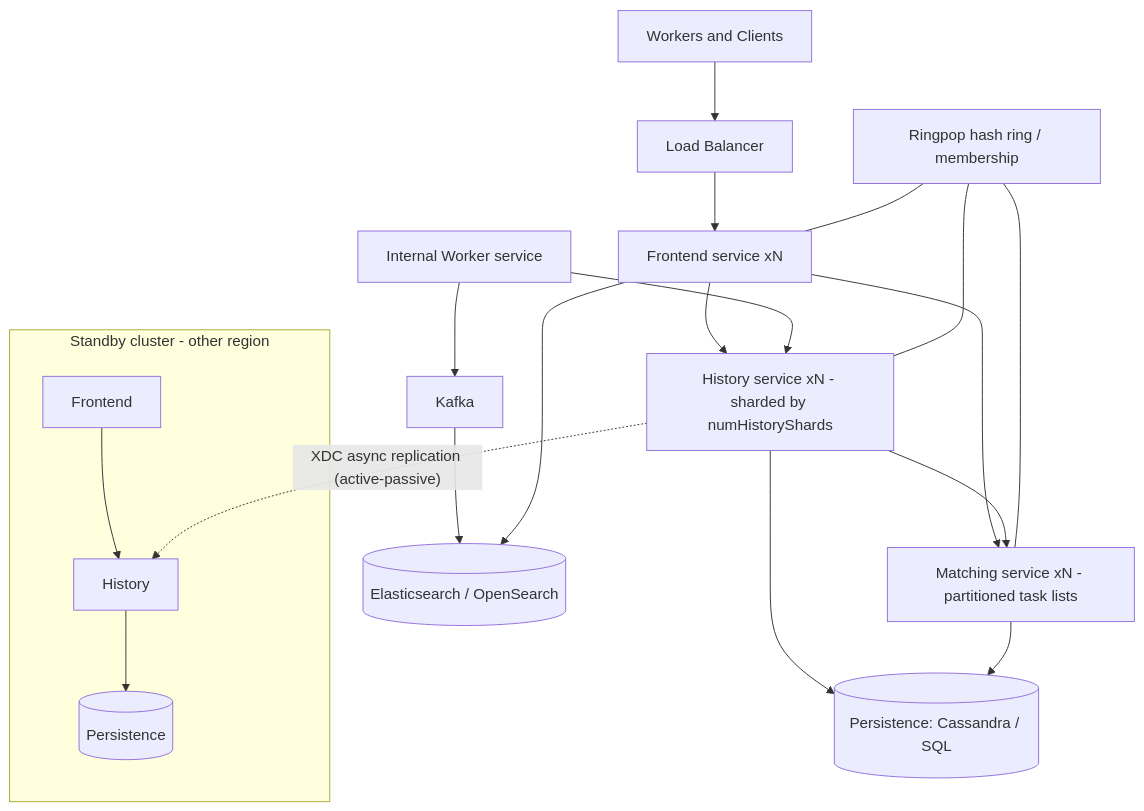
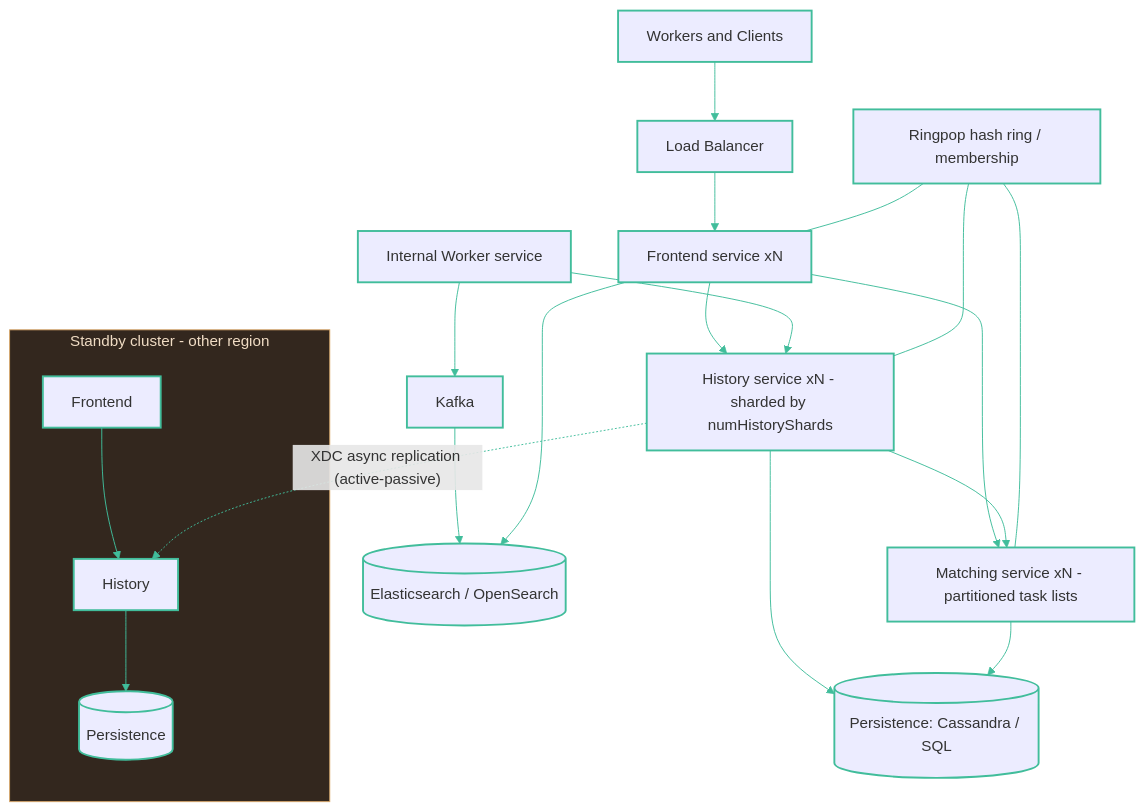
The diagram in slides/03-hosting-production/02-prod-cadence.md (diagrid-labs/durable-execution-battle), drawn with Mermaid before and after one commit. The commit also changed 51 other files, not shown here.

````diff
--- a/slides/03-hosting-production/02-prod-cadence.md
+++ b/slides/03-hosting-production/02-prod-cadence.md
@@ -10,20 +10,23 @@
 ```mermaid
 graph TD
   clients[Workers and Clients] --> lb[Load Balancer]
   lb --> fe[Frontend service xN]
   fe --> hist[History service xN - sharded by numHistoryShards]
   fe --> match[Matching service xN - partitioned task lists]
   hist --> match
   iw[Internal Worker service] --> hist
   ring[Ringpop hash ring / membership] --- fe
   ring --- hist
   ring --- match
   hist --> db[(Persistence: Cassandra / SQL)]
   match --> db
   iw --> kafka[Kafka] --> es[(Elasticsearch / OpenSearch)]
   fe --> es
   subgraph regionB[Standby cluster - other region]
     feB[Frontend] --> histB[History] --> dbB[(Persistence)]
   end
   hist -. "XDC async replication (active-passive)" .-> histB
+  classDef default stroke:#41bd9b,stroke-width:2px
+  linkStyle default stroke:#41bd9b,stroke-width:1px
+  style regionB fill:#33271e,stroke:#d9a86b,stroke-width:1px,color:#f0dcc4
 ```
````
